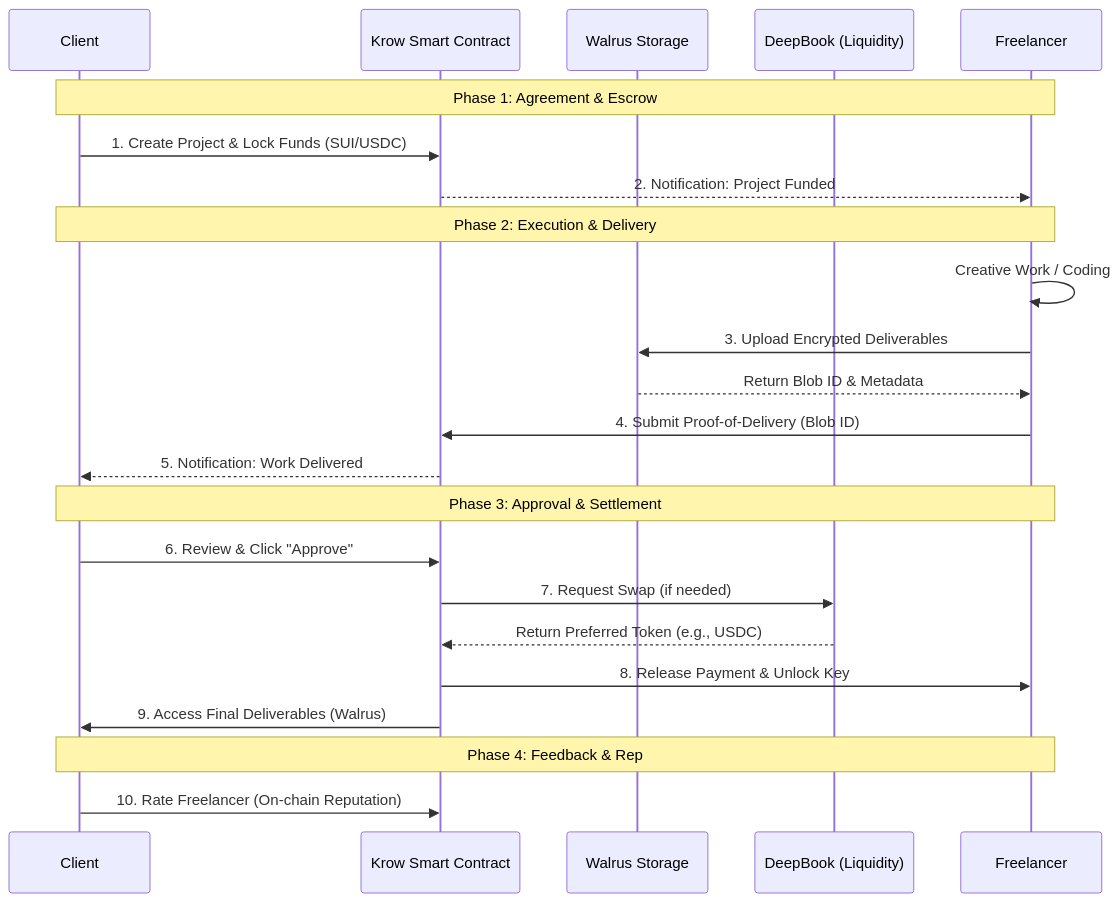
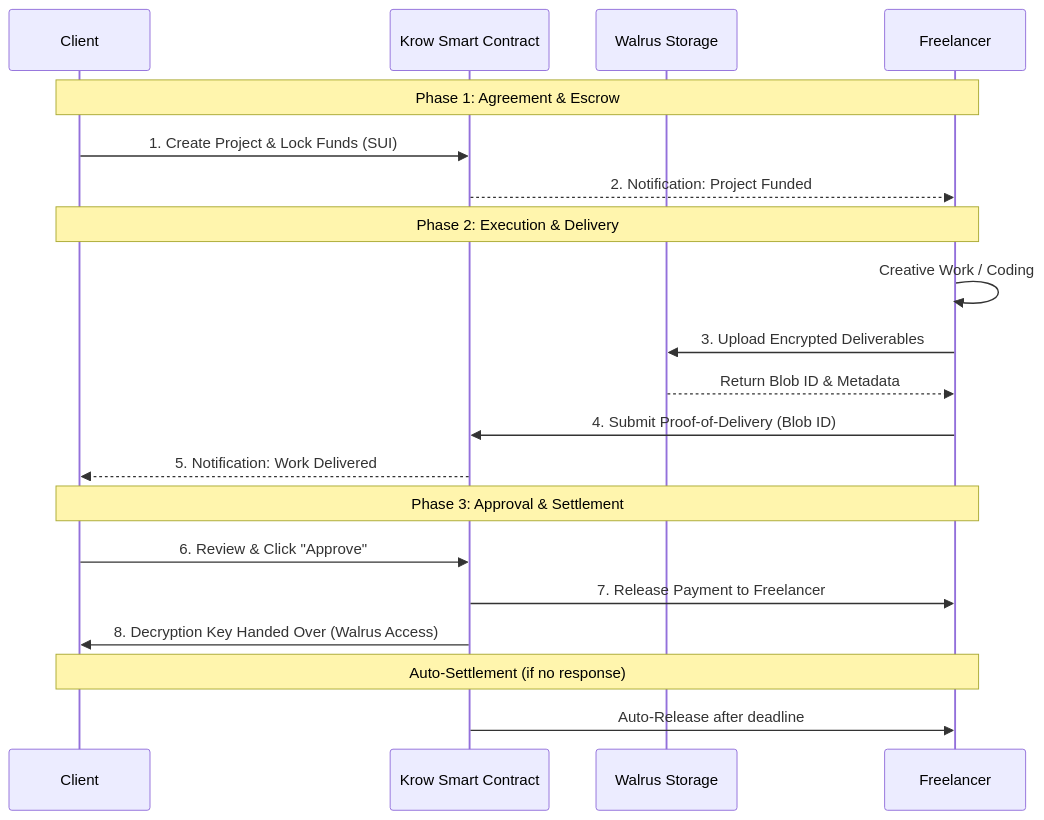
Before and after one commit to DelvinLaurens/KROW: the first of 2 diagrams in README.md, drawn with Mermaid. The commit also changed other lines of this file, not shown here.

````diff
--- a/README.md
+++ b/README.md
@@ -131,29 +171,26 @@
 ```mermaid
 sequenceDiagram
     participant C as Client
     participant S as Krow Smart Contract
     participant W as Walrus Storage
-    participant D as DeepBook (Liquidity)
     participant F as Freelancer
 
     Note over C,F: Phase 1: Agreement & Escrow
-    C->>S: 1. Create Project & Lock Funds (SUI/USDC)
+    C->>S: 1. Create Project & Lock Funds (SUI)
     S-->>F: 2. Notification: Project Funded
 
     Note over C,F: Phase 2: Execution & Delivery
     F->>F: Creative Work / Coding
     F->>W: 3. Upload Encrypted Deliverables
     W-->>F: Return Blob ID & Metadata
     F->>S: 4. Submit Proof-of-Delivery (Blob ID)
     S-->>C: 5. Notification: Work Delivered
 
     Note over C,F: Phase 3: Approval & Settlement
     C->>S: 6. Review & Click "Approve"
-    S->>D: 7. Request Swap (if needed)
-    D-->>S: Return Preferred Token (e.g., USDC)
-    S->>F: 8. Release Payment & Unlock Key
-    S->>C: 9. Access Final Deliverables (Walrus)
+    S->>F: 7. Release Payment to Freelancer
+    S->>C: 8. Decryption Key Handed Over (Walrus Access)
 
-    Note over C,F: Phase 4: Feedback & Rep
-    C->>S: 10. Rate Freelancer (On-chain Reputation)
+    Note over C,F: Auto-Settlement (if no response)
+    S->>F: Auto-Release after deadline
 ```
````
